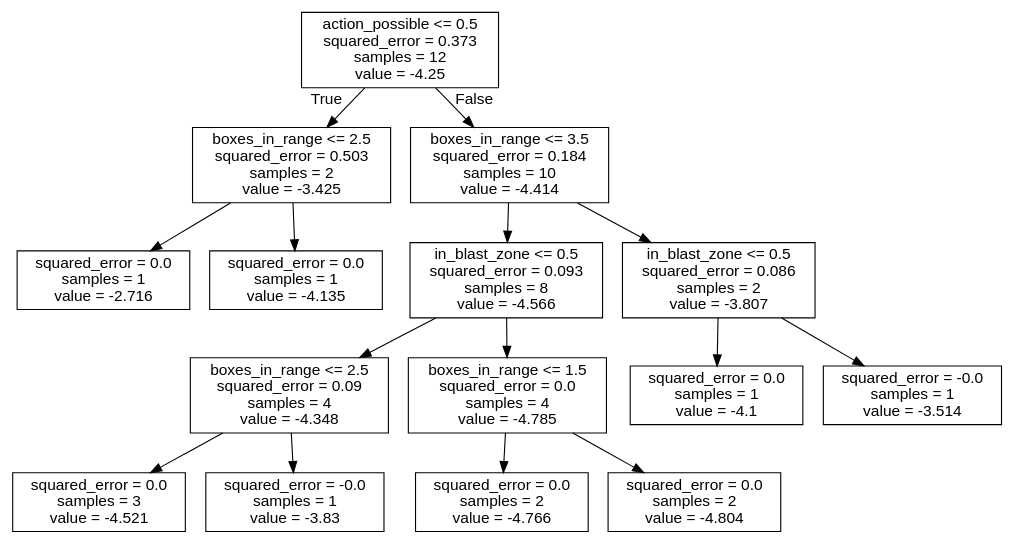
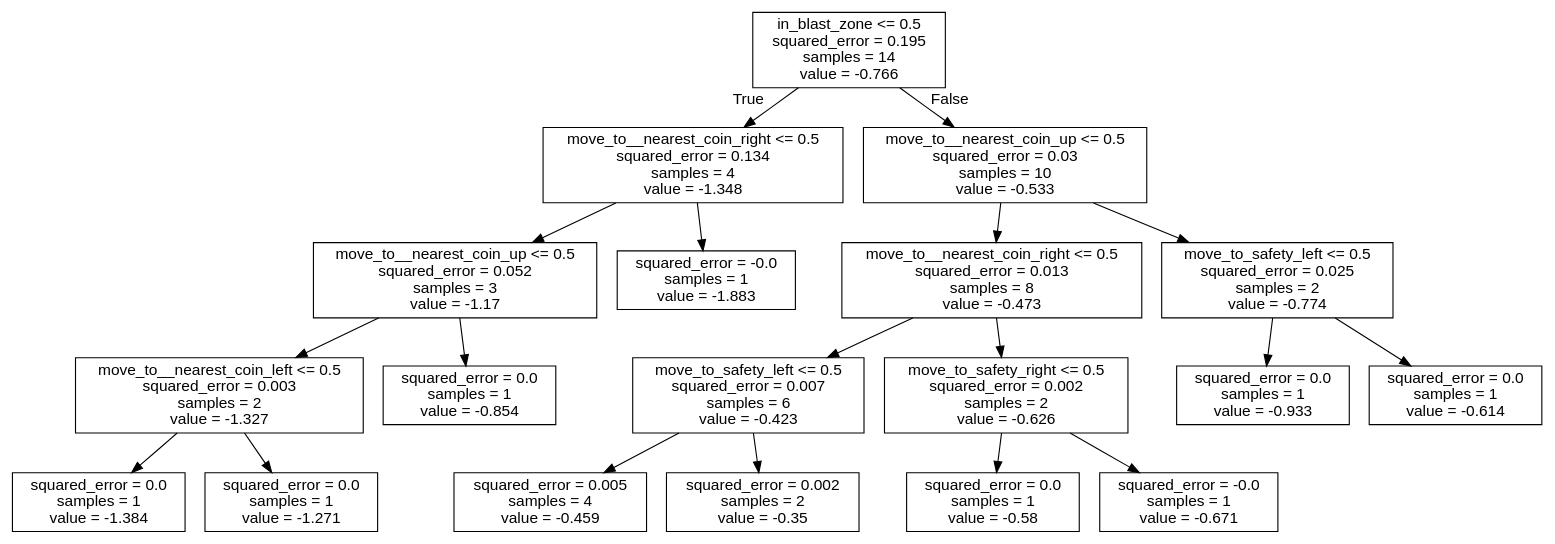
The diagram in bomberman_rl/agent_code/my_agent/trees/WAIT.dot (J-Gann/FML), drawn with Graphviz before and after one commit. The commit also changed 19 other files, not shown here.

```diff
--- a/bomberman_rl/agent_code/my_agent/trees/WAIT.dot
+++ b/bomberman_rl/agent_code/my_agent/trees/WAIT.dot
@@ -1,33 +1,41 @@
 digraph Tree {
 node [shape=box, fontname="helvetica"] ;
 edge [fontname="helvetica"] ;
-0 [label="action_possible <= 0.5\nsquared_error = 0.373\nsamples = 12\nvalue = -4.25"] ;
-1 [label="boxes_in_range <= 2.5\nsquared_error = 0.503\nsamples = 2\nvalue = -3.425"] ;
+0 [label="in_blast_zone <= 0.5\nsquared_error = 0.195\nsamples = 14\nvalue = -0.766"] ;
+1 [label="move_to__nearest_coin_right <= 0.5\nsquared_error = 0.134\nsamples = 4\nvalue = -1.348"] ;
 0 -> 1 [labeldistance=2.5, labelangle=45, headlabel="True"] ;
-2 [label="squared_error = 0.0\nsamples = 1\nvalue = -2.716"] ;
+2 [label="move_to__nearest_coin_up <= 0.5\nsquared_error = 0.052\nsamples = 3\nvalue = -1.17"] ;
 1 -> 2 ;
-3 [label="squared_error = 0.0\nsamples = 1\nvalue = -4.135"] ;
-1 -> 3 ;
-4 [label="boxes_in_range <= 3.5\nsquared_error = 0.184\nsamples = 10\nvalue = -4.414"] ;
-0 -> 4 [labeldistance=2.5, labelangle=-45, headlabel="False"] ;
-5 [label="in_blast_zone <= 0.5\nsquared_error = 0.093\nsamples = 8\nvalue = -4.566"] ;
-4 -> 5 ;
-6 [label="boxes_in_range <= 2.5\nsquared_error = 0.09\nsamples = 4\nvalue = -4.348"] ;
-5 -> 6 ;
-7 [label="squared_error = 0.0\nsamples = 3\nvalue = -4.521"] ;
-6 -> 7 ;
-8 [label="squared_error = -0.0\nsamples = 1\nvalue = -3.83"] ;
-6 -> 8 ;
-9 [label="boxes_in_range <= 1.5\nsquared_error = 0.0\nsamples = 4\nvalue = -4.785"] ;
-5 -> 9 ;
-10 [label="squared_error = 0.0\nsamples = 2\nvalue = -4.766"] ;
+3 [label="move_to__nearest_coin_left <= 0.5\nsquared_error = 0.003\nsamples = 2\nvalue = -1.327"] ;
+2 -> 3 ;
+4 [label="squared_error = 0.0\nsamples = 1\nvalue = -1.384"] ;
+3 -> 4 ;
+5 [label="squared_error = 0.0\nsamples = 1\nvalue = -1.271"] ;
+3 -> 5 ;
+6 [label="squared_error = 0.0\nsamples = 1\nvalue = -0.854"] ;
+2 -> 6 ;
+7 [label="squared_error = -0.0\nsamples = 1\nvalue = -1.883"] ;
+1 -> 7 ;
+8 [label="move_to__nearest_coin_up <= 0.5\nsquared_error = 0.03\nsamples = 10\nvalue = -0.533"] ;
+0 -> 8 [labeldistance=2.5, labelangle=-45, headlabel="False"] ;
+9 [label="move_to__nearest_coin_right <= 0.5\nsquared_error = 0.013\nsamples = 8\nvalue = -0.473"] ;
+8 -> 9 ;
+10 [label="move_to_safety_left <= 0.5\nsquared_error = 0.007\nsamples = 6\nvalue = -0.423"] ;
 9 -> 10 ;
-11 [label="squared_error = 0.0\nsamples = 2\nvalue = -4.804"] ;
-9 -> 11 ;
-12 [label="in_blast_zone <= 0.5\nsquared_error = 0.086\nsamples = 2\nvalue = -3.807"] ;
-4 -> 12 ;
-13 [label="squared_error = 0.0\nsamples = 1\nvalue = -4.1"] ;
-12 -> 13 ;
-14 [label="squared_error = -0.0\nsamples = 1\nvalue = -3.514"] ;
-12 -> 14 ;
+11 [label="squared_error = 0.005\nsamples = 4\nvalue = -0.459"] ;
+10 -> 11 ;
+12 [label="squared_error = 0.002\nsamples = 2\nvalue = -0.35"] ;
+10 -> 12 ;
+13 [label="move_to_safety_right <= 0.5\nsquared_error = 0.002\nsamples = 2\nvalue = -0.626"] ;
+9 -> 13 ;
+14 [label="squared_error = 0.0\nsamples = 1\nvalue = -0.58"] ;
+13 -> 14 ;
+15 [label="squared_error = -0.0\nsamples = 1\nvalue = -0.671"] ;
+13 -> 15 ;
+16 [label="move_to_safety_left <= 0.5\nsquared_error = 0.025\nsamples = 2\nvalue = -0.774"] ;
+8 -> 16 ;
+17 [label="squared_error = 0.0\nsamples = 1\nvalue = -0.933"] ;
+16 -> 17 ;
+18 [label="squared_error = 0.0\nsamples = 1\nvalue = -0.614"] ;
+16 -> 18 ;
 }
```
